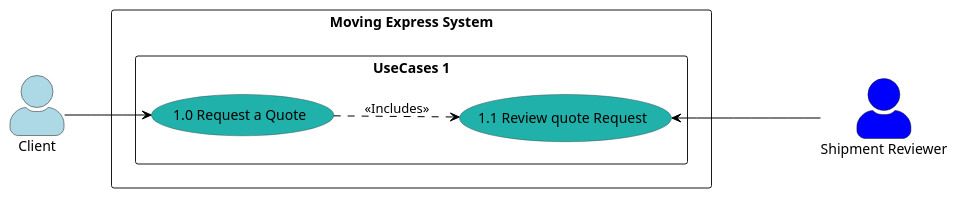
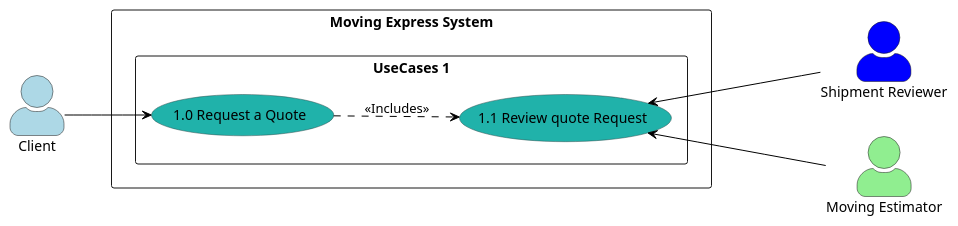
Before and after one commit to nic5694/MovingExpress: the diagram in Diagrams/UseCaseDiagrams/LoweLevel/UC1.puml, drawn with PlantUML.

Commit message:
updated lower level diagram

```diff
--- a/Diagrams/UseCaseDiagrams/LoweLevel/UC1.puml
+++ b/Diagrams/UseCaseDiagrams/LoweLevel/UC1.puml
@@ -1,36 +1,39 @@
 @startuml
 
 left to right direction
 skinparam actorStyle awesome
 
 skinparam usecase {
     BackgroundColor DarkSeaGreen
     BorderColor DarkSlateGray
     ArrowColor Black
     ActorBorderColor black
     ActorFontName Courier
     ActorBackgroundColor<< Human >> Gold
 }
 
 actor Client as "Client" #LightBlue
 actor "Shipment Reviewer" as ShipmentReviewer #Blue
+actor "Moving Estimator" as MovingEstimator #LightGreen
+
 
 rectangle "Moving Express System" {
     rectangle "UseCases 1"  {
       usecase "1.0 Request a Quote" as UC1 #LightSeaGreen
       usecase "1.1 Review quote Request" as UC1_1  #LightSeaGreen
 
 /'
       note "If the quote was refused" as N1
 '/
     }
 }
 
 Client --> UC1
 
 UC1_1 <--- ShipmentReviewer
+UC1_1 <--- MovingEstimator
 
 UC1 ..> UC1_1  : <<Includes>>
 
 
 @enduml
```
